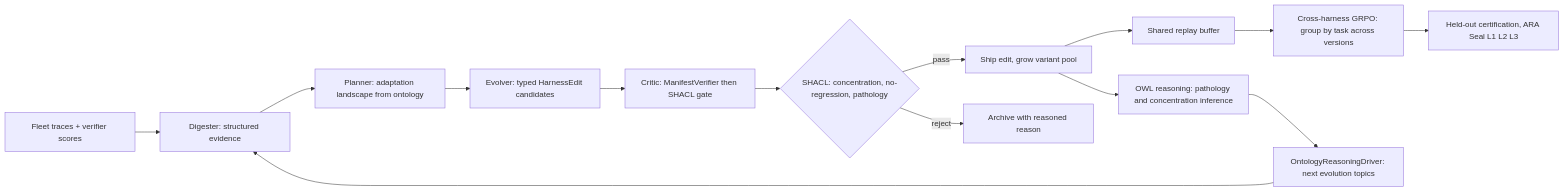
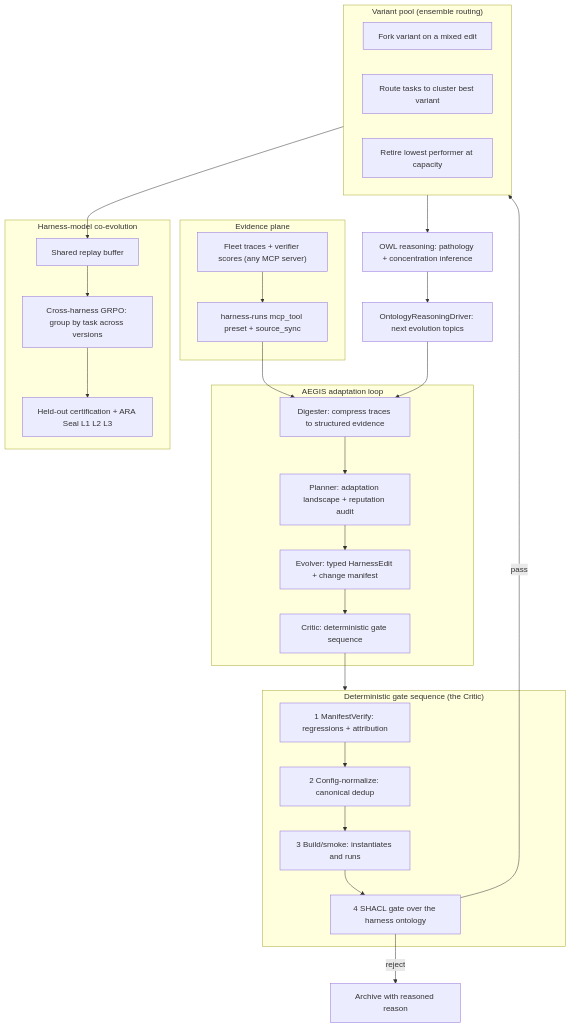
One commit to Knuckles-Team/agent-utilities changed the first of 5 diagrams in docs/architecture/harness_foundry.md. Above: the diagram before and after it, drawn with Mermaid. The commit also changed other lines of this file, not shown here.

First line of the commit message:
docs(harness): comprehensive harness-foundry reference + architecture diagrams

````diff
--- a/docs/architecture/harness_foundry.md
+++ b/docs/architecture/harness_foundry.md
@@ -38,16 +50,46 @@
 ```mermaid
-flowchart LR
-    Traces["Fleet traces + verifier scores"] --> Digester["Digester: structured evidence"]
-    Digester --> Planner["Planner: adaptation landscape from ontology"]
-    Planner --> Evolver["Evolver: typed HarnessEdit candidates"]
-    Evolver --> Critic["Critic: ManifestVerifier then SHACL gate"]
-    Critic --> Gate{"SHACL: concentration, no-regression, pathology"}
-    Gate -->|pass| Ship["Ship edit, grow variant pool"]
-    Gate -->|reject| Archive["Archive with reasoned reason"]
-    Ship --> Buffer["Shared replay buffer"]
-    Buffer --> GRPO["Cross-harness GRPO: group by task across versions"]
-    GRPO --> Cert["Held-out certification, ARA Seal L1 L2 L3"]
-    Ship --> OWL["OWL reasoning: pathology and concentration inference"]
-    OWL --> Loop["OntologyReasoningDriver: next evolution topics"]
-    Loop --> Digester
+flowchart TB
+    subgraph Evidence["Evidence plane"]
+        Fleet["Fleet traces + verifier scores (any MCP server)"]
+        Preset["harness-runs mcp_tool preset + source_sync"]
+        Fleet --> Preset
+    end
+
+    subgraph AEGIS["AEGIS adaptation loop"]
+        Digester["Digester: compress traces to structured evidence"]
+        Planner["Planner: adaptation landscape + reputation audit"]
+        Evolver["Evolver: typed HarnessEdit + change manifest"]
+        Critic["Critic: deterministic gate sequence"]
+        Digester --> Planner --> Evolver --> Critic
+    end
+
+    subgraph Gate["Deterministic gate sequence (the Critic)"]
+        MV["1 ManifestVerify: regressions + attribution"]
+        Norm["2 Config-normalize: canonical dedup"]
+        Smoke["3 Build/smoke: instantiates and runs"]
+        SHACL["4 SHACL gate over the harness ontology"]
+        MV --> Norm --> Smoke --> SHACL
+    end
+
+    subgraph Pool["Variant pool (ensemble routing)"]
+        Fork["Fork variant on a mixed edit"]
+        Route["Route tasks to cluster best variant"]
+        Retire["Retire lowest performer at capacity"]
+    end
+
+    subgraph Coevo["Harness-model co-evolution"]
+        Buffer["Shared replay buffer"]
+        GRPO["Cross-harness GRPO: group by task across versions"]
+        Cert["Held-out certification + ARA Seal L1 L2 L3"]
+        Buffer --> GRPO --> Cert
+    end
+
+    Preset --> Digester
+    Critic --> Gate
+    SHACL -->|pass| Pool
+    SHACL -->|reject| Archive["Archive with reasoned reason"]
+    Pool --> Buffer
+    Pool --> OWL["OWL reasoning: pathology + concentration inference"]
+    OWL --> LoopDriver["OntologyReasoningDriver: next evolution topics"]
+    LoopDriver --> Digester
 ```
````
